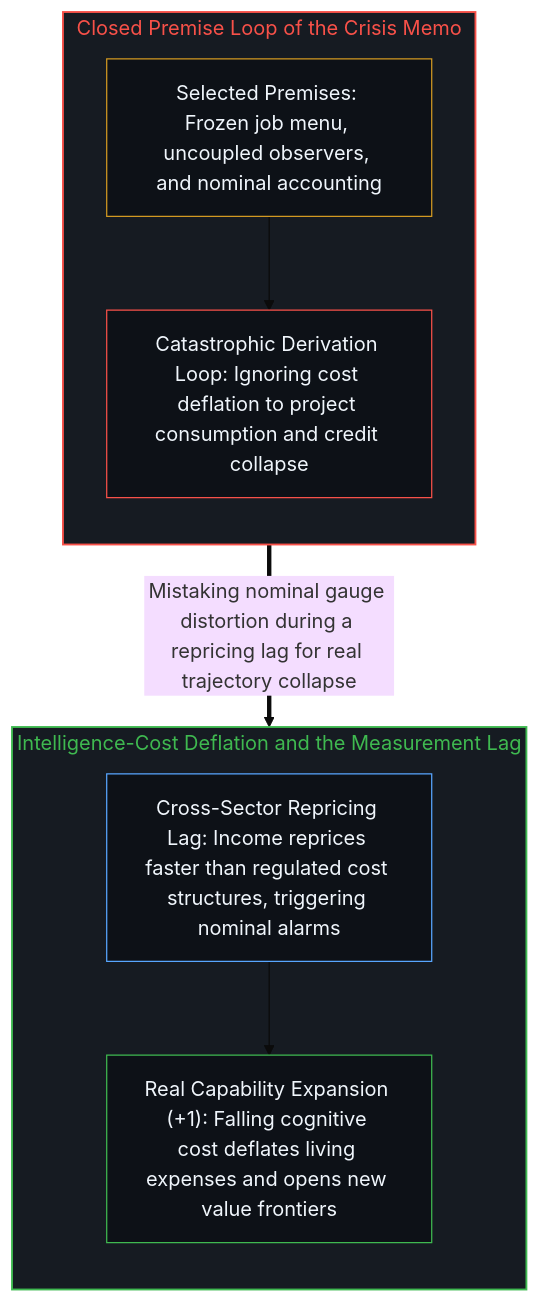
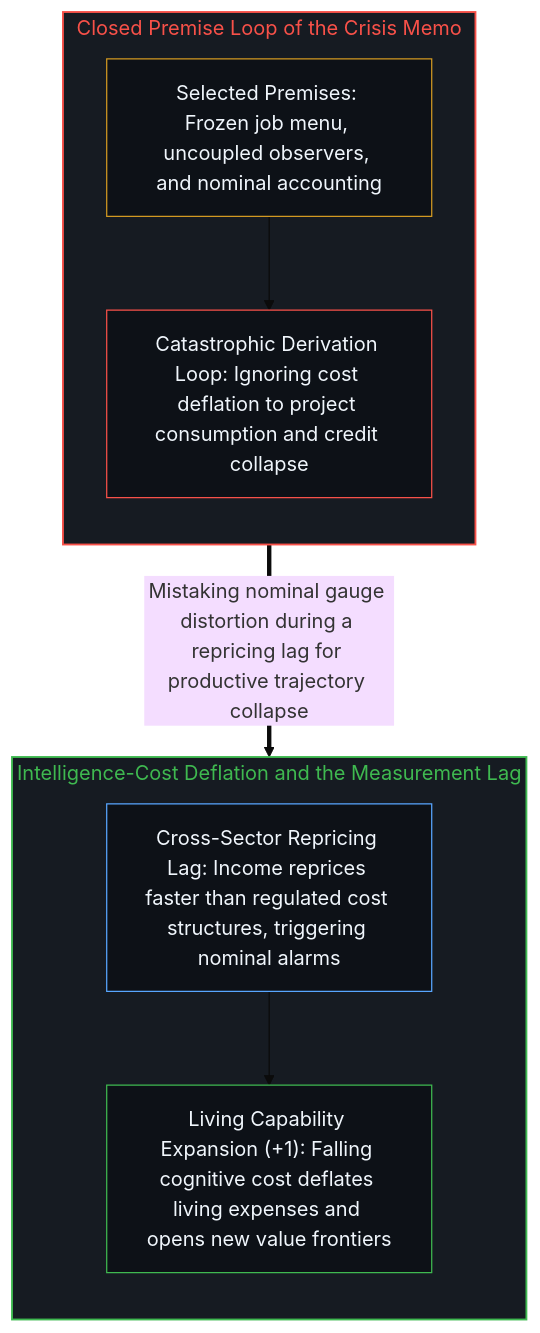
The second of 2 diagrams in content/posts/intelligence-crisis-response.md (powerpig99/not-a-toe), drawn with Mermaid (base theme) before and after one commit. The commit also changed other lines of this file and 3 other files, not shown here.

````diff
--- a/content/posts/intelligence-crisis-response.md
+++ b/content/posts/intelligence-crisis-response.md
@@ -42,22 +42,22 @@
 ```mermaid
 flowchart TD
     subgraph S_Memo["Closed Premise Loop of the Crisis Memo"]
         direction TB
         Premise["Selected Premises: Frozen job menu, uncoupled observers, and nominal accounting"]
         Loop["Catastrophic Derivation Loop: Ignoring cost deflation to project consumption and credit collapse"]
         Premise --> Loop
     end
     subgraph S_Real["Intelligence-Cost Deflation and the Measurement Lag"]
         direction TB
         Lag["Cross-Sector Repricing Lag: Income reprices faster than regulated cost structures, triggering nominal alarms"]
-        Expand["Real Capability Expansion (+1): Falling cognitive cost deflates living expenses and opens new value frontiers"]
+        Expand["Living Capability Expansion (+1): Falling cognitive cost deflates living expenses and opens new value frontiers"]
         Lag --> Expand
     end
-    Loop ==>|"Mistaking nominal gauge distortion during a repricing lag for real trajectory collapse"| Lag
+    Loop ==>|"Mistaking nominal gauge distortion during a repricing lag for productive trajectory collapse"| Lag
     style S_Memo fill:#161b22,stroke:#f85149,stroke-width:1.5px,color:#f85149
     style S_Real fill:#161b22,stroke:#3fb950,stroke-width:1.5px,color:#3fb950
     style Premise fill:#0d1117,stroke:#d29922,stroke-width:1px,color:#f0f6fc
     style Loop fill:#0d1117,stroke:#f85149,stroke-width:1px,color:#f0f6fc
     style Lag fill:#0d1117,stroke:#58a6ff,stroke-width:1px,color:#f0f6fc
     style Expand fill:#0d1117,stroke:#3fb950,stroke-width:1px,color:#f0f6fc
 ```
````
